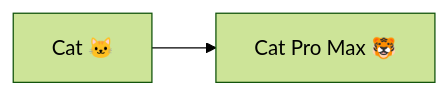
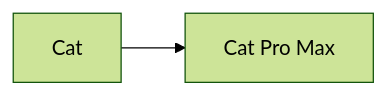
The second of 2 diagrams in src/content/blog/astro-mdx.mdx (leungsekyu/leungsekyu-blog), drawn with Mermaid (forest theme) before and after one commit. The commit also changed other lines of this file and 3 other files, not shown here.

````diff
--- a/src/content/blog/astro-mdx.mdx
+++ b/src/content/blog/astro-mdx.mdx
@@ -38,4 +102,4 @@
 ```mermaid
 graph LR
-  A[Cat 🐱] --> B[Cat Pro Max 🐯]
+  A[Cat] --> B[Cat Pro Max]
 ```
````
